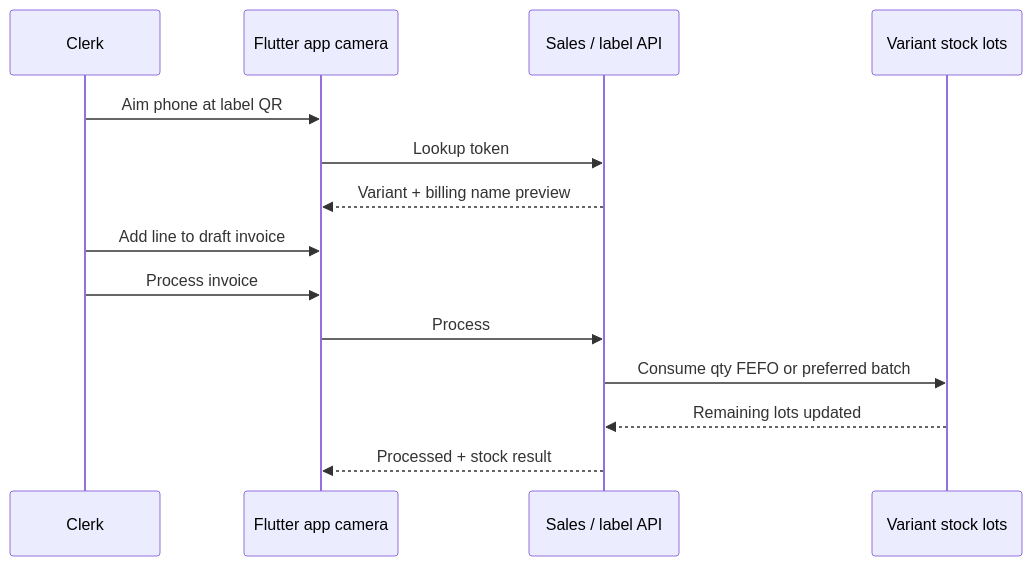
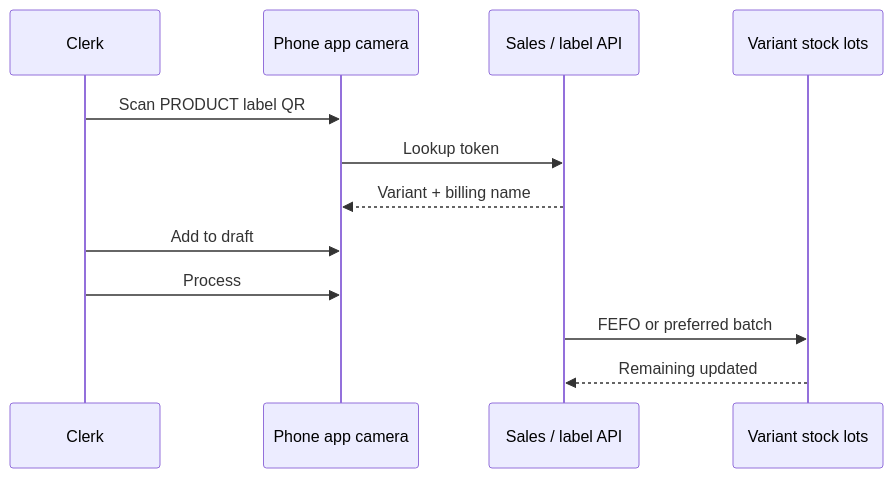
One commit to avinashbengaluru/ai-product-case-studies changed the second of 2 diagrams in case-studies/02-scan-to-invoice-stock.md. Above: the diagram before and after it, drawn with Mermaid. The commit also changed other lines of this file and 4 other files, not shown here.

First line of the commit message:
Lead scan case study with no-POS and product-not-box problem.

````diff
--- a/case-studies/02-scan-to-invoice-stock.md
+++ b/case-studies/02-scan-to-invoice-stock.md
@@ -122,17 +131,15 @@
 ```mermaid
 sequenceDiagram
   participant Clerk
-  participant Mobile as Flutter app camera
+  participant Mobile as Phone app camera
   participant API as Sales / label API
   participant Stock as Variant stock lots
 
-  Clerk->>Mobile: Aim phone at label QR
+  Clerk->>Mobile: Scan PRODUCT label QR
   Mobile->>API: Lookup token
-  API-->>Mobile: Variant + billing name preview
-  Clerk->>Mobile: Add line to draft invoice
-  Clerk->>Mobile: Process invoice
-  Mobile->>API: Process
-  API->>Stock: Consume qty FEFO or preferred batch
-  Stock-->>API: Remaining lots updated
-  API-->>Mobile: Processed + stock result
+  API-->>Mobile: Variant + billing name
+  Clerk->>Mobile: Add to draft
+  Clerk->>Mobile: Process
+  API->>Stock: FEFO or preferred batch
+  Stock-->>API: Remaining updated
 ```
````
